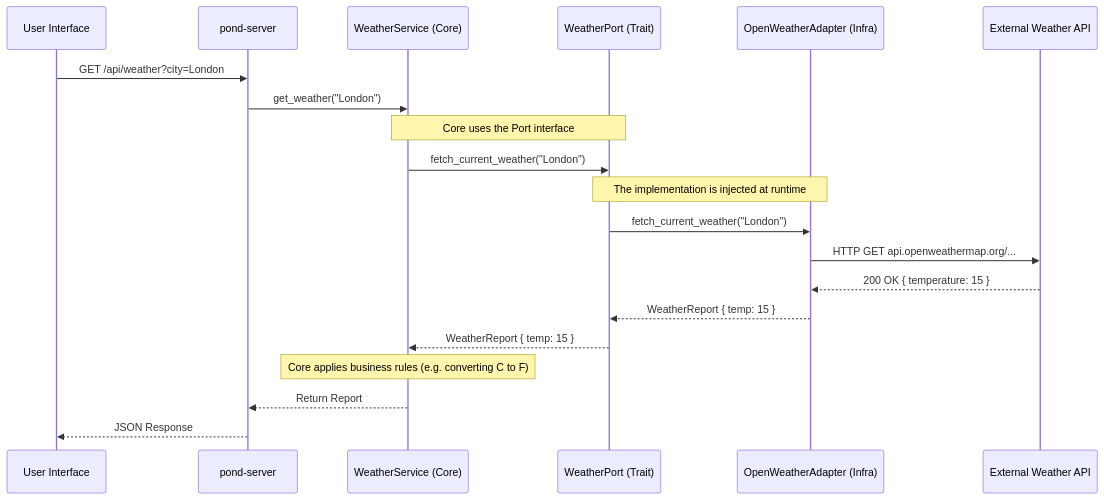
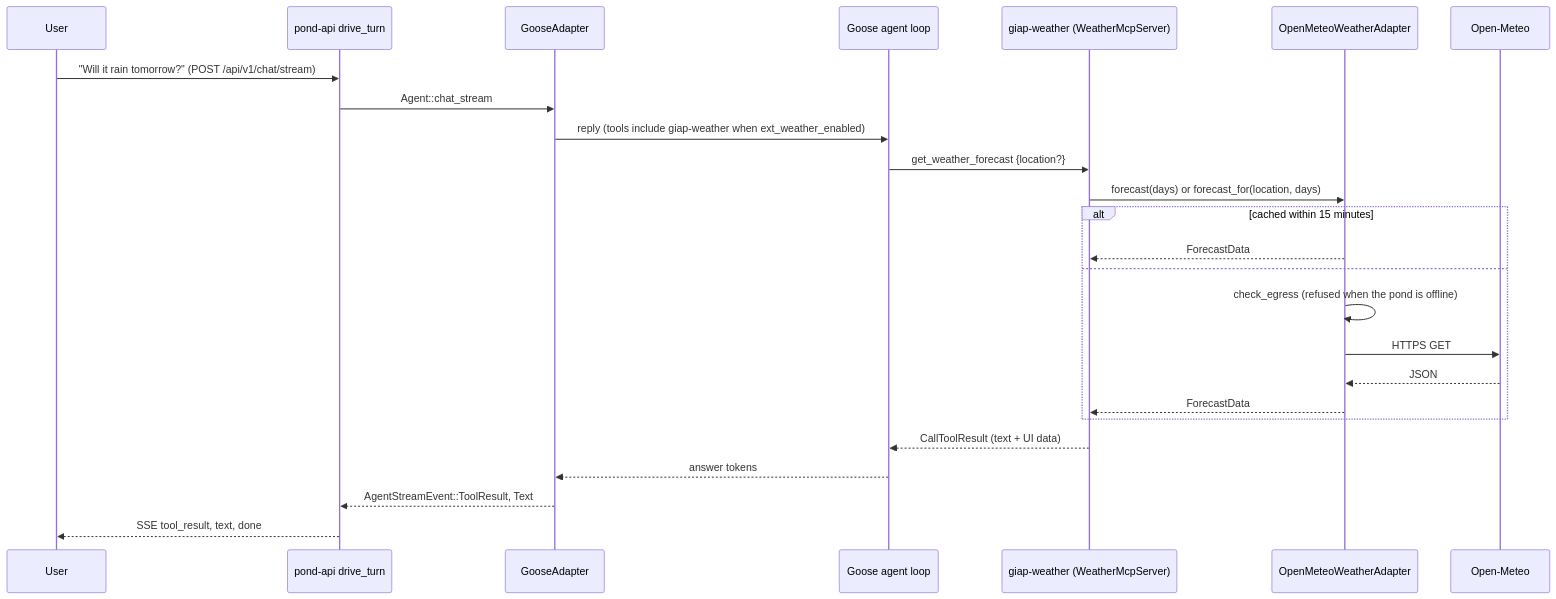
One commit to Exile10/goose-in-a-pond changed the second of 3 diagrams in docs/architecture/visual_workflow.md. Above: the diagram before and after it, drawn with Mermaid. The commit also changed other lines of this file and 14 other files, not shown here.

First line of the commit message:
docs(architecture): describe the turn path, every crate and the three databases

````diff
--- a/docs/architecture/visual_workflow.md
+++ b/docs/architecture/visual_workflow.md
@@ -50,29 +47,28 @@
 ```mermaid
 sequenceDiagram
-    participant UI as User Interface
-    participant S as pond-server
-    participant C as WeatherService (Core)
-    participant P as WeatherPort (Trait)
-    participant A as OpenWeatherAdapter (Infra)
-    participant API as External Weather API
+    participant U as User
+    participant H as pond-api drive_turn
+    participant GA as GooseAdapter
+    participant G as Goose agent loop
+    participant W as giap-weather (WeatherMcpServer)
+    participant A as OpenMeteoWeatherAdapter
+    participant OM as Open-Meteo
 
-    UI->>S: GET /api/weather?city=London
-    S->>C: get_weather("London")
-    
-    Note over C,P: Core uses the Port interface
-    C->>P: fetch_current_weather("London")
-    
-    Note over P,A: The implementation is injected at runtime
-    P->>A: fetch_current_weather("London")
-    
-    A->>API: HTTP GET api.openweathermap.org/...
-    API-->>A: 200 OK { temperature: 15 }
-    
-    A-->>P: WeatherReport { temp: 15 }
-    P-->>C: WeatherReport { temp: 15 }
-    
-    Note over C: Core applies business rules (e.g. converting C to F)
-    
-    C-->>S: Return Report
-    S-->>UI: JSON Response
+    U->>H: "Will it rain tomorrow?" (POST /api/v1/chat/stream)
+    H->>GA: Agent::chat_stream
+    GA->>G: reply (tools include giap-weather when ext_weather_enabled)
+    G->>W: get_weather_forecast {location?}
+    W->>A: forecast(days) or forecast_for(location, days)
+    alt cached within 15 minutes
+        A-->>W: ForecastData
+    else
+        A->>A: check_egress (refused when the pond is offline)
+        A->>OM: HTTPS GET
+        OM-->>A: JSON
+        A-->>W: ForecastData
+    end
+    W-->>G: CallToolResult (text + UI data)
+    G-->>GA: answer tokens
+    GA-->>H: AgentStreamEvent::ToolResult, Text
+    H-->>U: SSE tool_result, text, done
 ```
````
